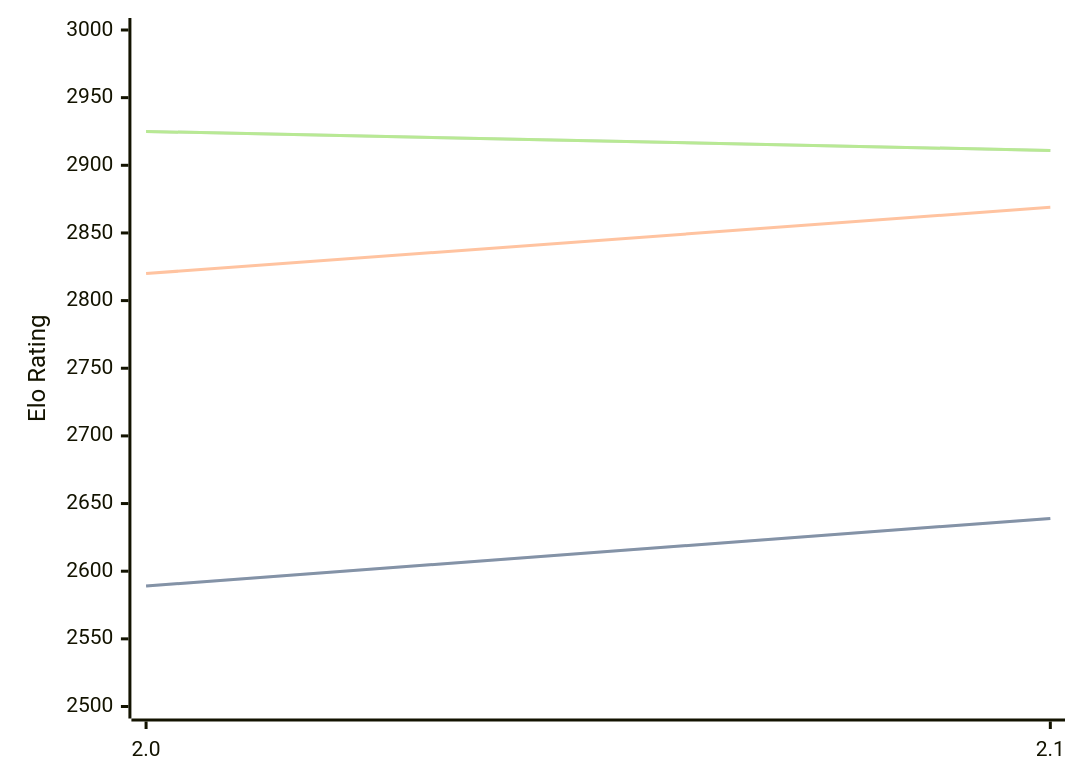
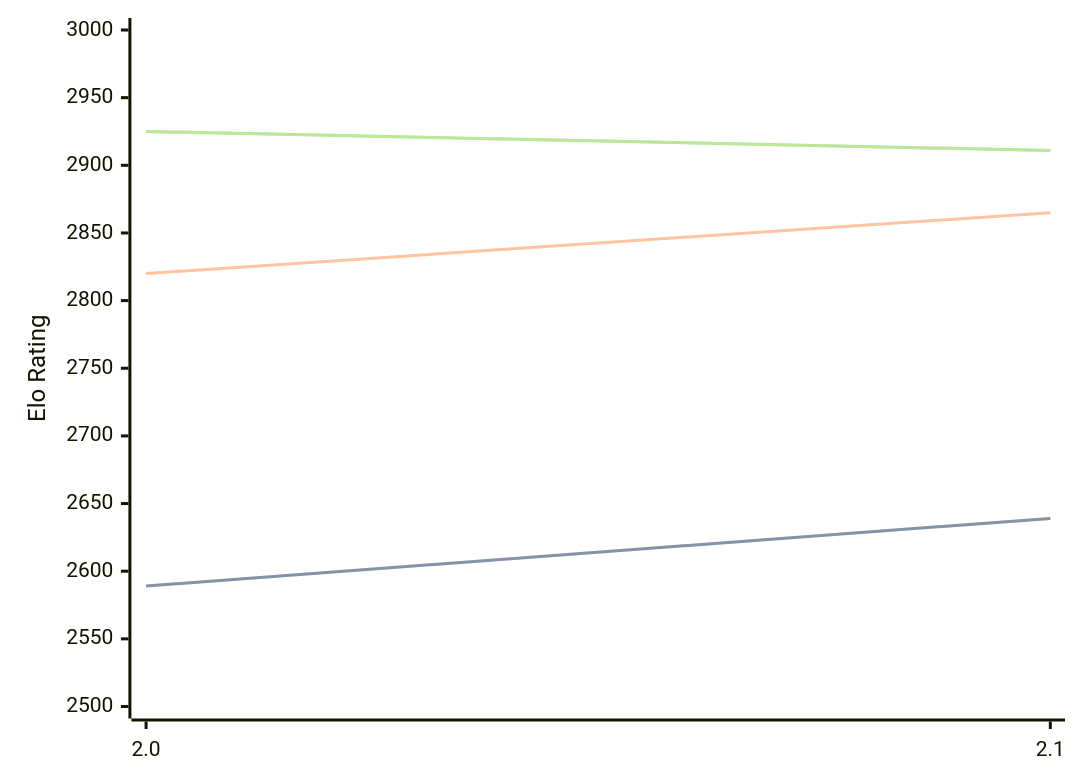
The diagram in engines/Noggin.md (computer-chess-index/cci), drawn with Mermaid before and after one commit. The commit also changed other lines of this file, not shown here.

````diff
--- a/engines/Noggin.md
+++ b/engines/Noggin.md
@@ -33,11 +33,11 @@
 ```mermaid
 %%{init: {"theme":"base","themeVariables":{"seriesColors:['#a3a3a3','#222221','#faa371']}}}%%
 xychart-beta
   x-axis ["2.0", "2.1"]
   y-axis "Elo Rating" 2500 --> 3000
   line "STC (8.0+0.08s)" [2589, 2639]
   line "STC (8.0+0.08s)" [2589, 2639]
-  line "LTC (60.0+0.60s)" [2820, 2869]
+  line "LTC (60.0+0.60s)" [2820, 2865]
   line "VLTC (2m24s+1.12s)" [2925, 2911]
   line "VLTC (2m24s+1.12s)" [2925, 2911]
 ```
````
